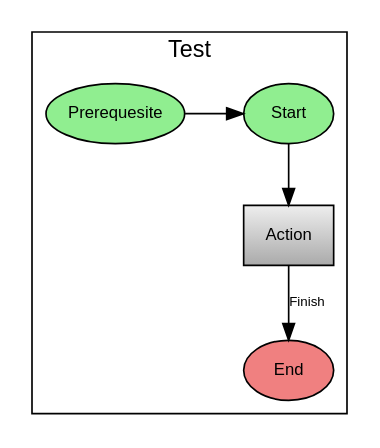
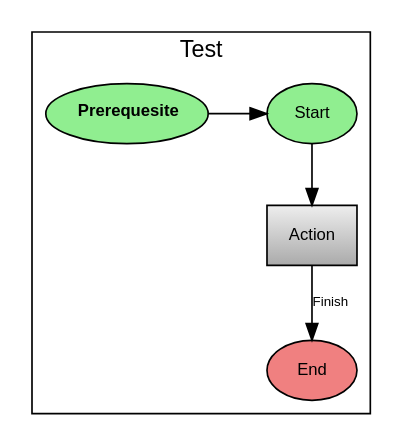
Before and after one commit to christoph-frick/baubotanik: the diagram in dev-resources/sample.dot, drawn with Graphviz. The commit also changed 3 other files, not shown here.

```diff
--- a/dev-resources/sample.dot
+++ b/dev-resources/sample.dot
@@ -1,50 +1,50 @@
 digraph {
 	fontname="Arial"
 	compound="true"
 	edge [
 		fontname="Arial"
 		,fontsize="8"
 	]
 	node [
 		fontname="Arial"
 		,fontsize="10"
 	]
 	subgraph cluster_test {
 		label="Test"
 		test_prerequesite [
 			style="filled"
 			,shape="oval"
 			,fillcolor="lightgreen"
-			,label="Prerequesite"
+			,label=< <b>Prerequesite</b> >
 		]
 		test_start [
 			style="filled"
 			,shape="oval"
 			,fillcolor="lightgreen"
 			,label="Start"
 		]
 		test_action [
 			style="filled"
 			,shape="rect"
 			,gradientangle="90"
 			,fillcolor="#aaaaaa, 0.5:#eeeeee"
 			,label="Action"
 		]
 		test_end [
 			style="filled"
 			,shape="oval"
 			,fillcolor="lightcoral"
 			,label="End"
 		]
 		{
 			rank=same
 			test_prerequesite
 			test_start
 		}
 		test_prerequesite -> test_start
 		test_start -> test_action
 		test_action -> test_end [
 			label="Finish"
 		]
 	}
 }
```
